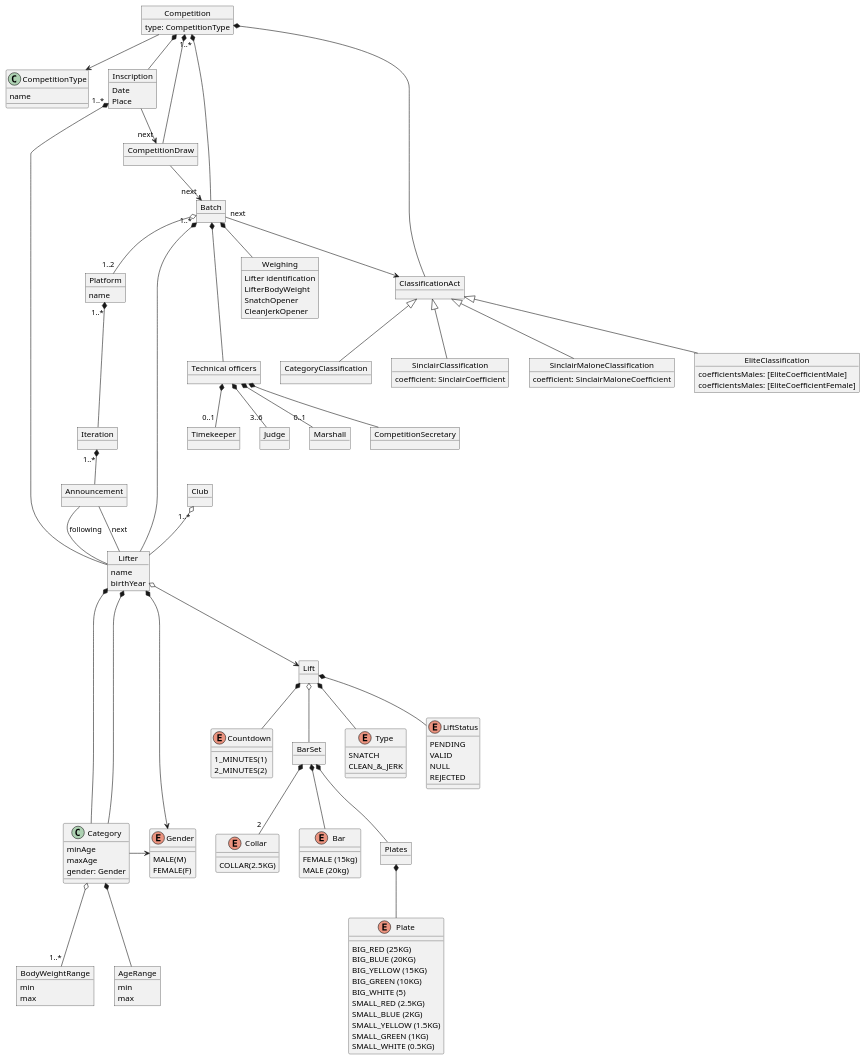
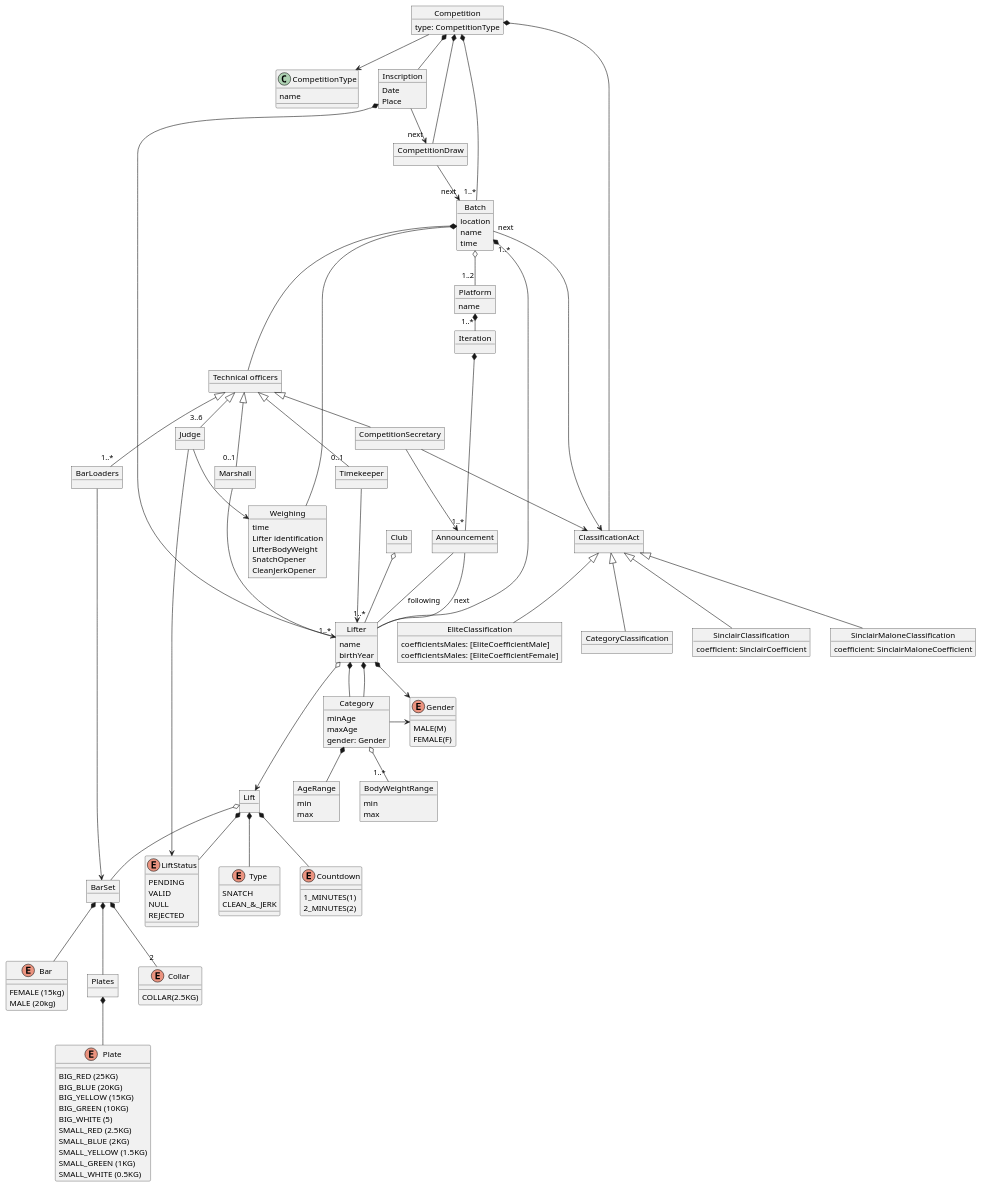
Before and after one commit to zuldare/mastercloud_pfm_halterocms: the diagram in diagrams/modelDomain/competitionDomainModel.puml, drawn with PlantUML.

Commit message:
refactor after meeting with Luis

```diff
--- a/diagrams/modelDomain/competitionDomainModel.puml
+++ b/diagrams/modelDomain/competitionDomainModel.puml
@@ -8,28 +8,39 @@
   name
 }
 
-Competition --> CompetitionType
 object "Inscription" as Inscription {
   Date
   Place
 }
 
 object CompetitionDraw
-object Batch
+
+object Batch {
+  location
+  name
+  time
+}
+
 object Weighing {
+  time
   Lifter identification
   LifterBodyWeight
   SnatchOpener
   CleanJerkOpener
 }
+
 object ClassificationAct
+
 object CategoryClassification
+
 object SinclairClassification {
   coefficient: SinclairCoefficient
 }
+
 object SinclairMaloneClassification {
   coefficient: SinclairMaloneCoefficient
 }
+
 object EliteClassification {
   coefficientsMales: [EliteCoefficientMale]
   coefficientsMales: [EliteCoefficientFemale]
@@ -38,6 +49,7 @@
 object Platform {
   name
 }
+object BarLoaders
 
 object Club
 
@@ -51,34 +63,44 @@
   FEMALE(F)
 }
 
-object "Technical officers" as TC
+
+
 object Judge
+
 object Marshall
+
 object CompetitionSecretary
+
 object Timekeeper
+
 object Lift
+
 enum Type {
   SNATCH
   CLEAN_&_JERK
 }
+
 enum LiftStatus {
   PENDING
   VALID
   NULL
   REJECTED
 }
+
 enum Countdown {
   1_MINUTES(1)
   2_MINUTES(2)
 }
+
 object BarSet
+
 enum Bar {
   FEMALE (15kg)
   MALE (20kg)
 }
 
+object Plates
 
-object Plates
 enum Plate {
   BIG_RED (25KG)
   BIG_BLUE (20KG)
@@ -97,62 +119,14 @@
 }
 
 object Iteration
+
 object Announcement
-
-Competition *-- Inscription
-Inscription "1..*"  *-- Lifter
-Lifter *--> Gender
-Club "1..*" o-- Lifter
-Competition *-- CompetitionDraw
-Competition "1..*" *--  Batch
-Competition *-- ClassificationAct
-ClassificationAct <|-- CategoryClassification
-ClassificationAct <|-- SinclairClassification
-ClassificationAct <|-- SinclairMaloneClassification
-ClassificationAct <|-- EliteClassification
-
-
-Batch "next" --> ClassificationAct
-Inscription --> "next" CompetitionDraw
-CompetitionDraw --> "next" Batch
-
-Batch *-- Weighing
-Batch o-- "1..2" Platform
-Batch "1..*" *---  Lifter
-Batch *--- TC
-
-TC *-- "3..6" Judge
-TC *-- CompetitionSecretary
-TC *-- "0..1" Marshall
-TC *-- "0..1" Timekeeper
-
-Platform "1..*" *---  Iteration
-Iteration "1..*" *--  Announcement
-Announcement -- Lifter : next
-Announcement -- Lifter : following
-
-Lifter o---> Lift
-
-
-Lift *-- Type
-Lift *-- LiftStatus
-Lift *-- Countdown
-Lift o-- BarSet
-BarSet *-- Bar
-BarSet *-- Plates
-BarSet *-- "2" Collar
-Plates *-- Plate
-
-Lifter *-- Category
-
 
 object Category {
   minAge
   maxAge
   gender: Gender
 }
-
-Category -> Gender
 
 object AgeRange {
   min
@@ -166,12 +140,68 @@
   max
 }
 
-Lifter *----- Category
+object "Technical officers" as TC
+
+
+Competition --> CompetitionType
+Competition *-- Inscription
+Inscription *-- "1..*" Lifter
+
+Club o-- "1..*" Lifter
+Competition *-- CompetitionDraw
+Competition *-- "1..*" Batch
+Competition *-- ClassificationAct
+ClassificationAct <|-- CategoryClassification
+ClassificationAct <|-- SinclairClassification
+ClassificationAct <|-- SinclairMaloneClassification
+ClassificationAct <|-- EliteClassification
+
+Batch "next" --> ClassificationAct
+Inscription --> "next" CompetitionDraw
+CompetitionDraw --> "next" Batch
+
+Batch *-- Weighing
+Batch o-- "1..2" Platform
+Batch "1..*" *--  Lifter
+
+Batch *--- TC
+TC <|-- "3..6" Judge
+TC <|-- CompetitionSecretary
+TC <|-- "0..1" Marshall
+TC <|-- "0..1" Timekeeper
+TC <|-- "1..*" BarLoaders
+
+Platform  *-  "1..*" Iteration
+Iteration *-- "1..*"  Announcement
+
+Announcement -- Lifter : next
+Announcement -- Lifter : following
+
+Lift *-- Type
+Lift *-- LiftStatus
+Lift *-- Countdown
+Lift o-- BarSet
+
+BarSet *-- Bar
+BarSet *-- Plates
+BarSet *-- "2" Collar
+Plates *-- Plate
+
+Lifter o---> Lift
+Lifter *--> Gender
+Lifter *-- Category
+Lifter *-- Category
+
+Category -> Gender
 Category o-- "1..*" BodyWeightRange
 
+CompetitionSecretary --> ClassificationAct
+CompetitionSecretary --> Announcement
+Timekeeper --> Lifter
+Marshall --> Lifter
+BarLoaders --> BarSet
+Judge --> LiftStatus
+Judge --> Weighing
 
 
-
-' 'TODO USAR CLASES EN VEZ DE OBJECTS CUANDO CORRESPONDA
-
 @enduml
```
